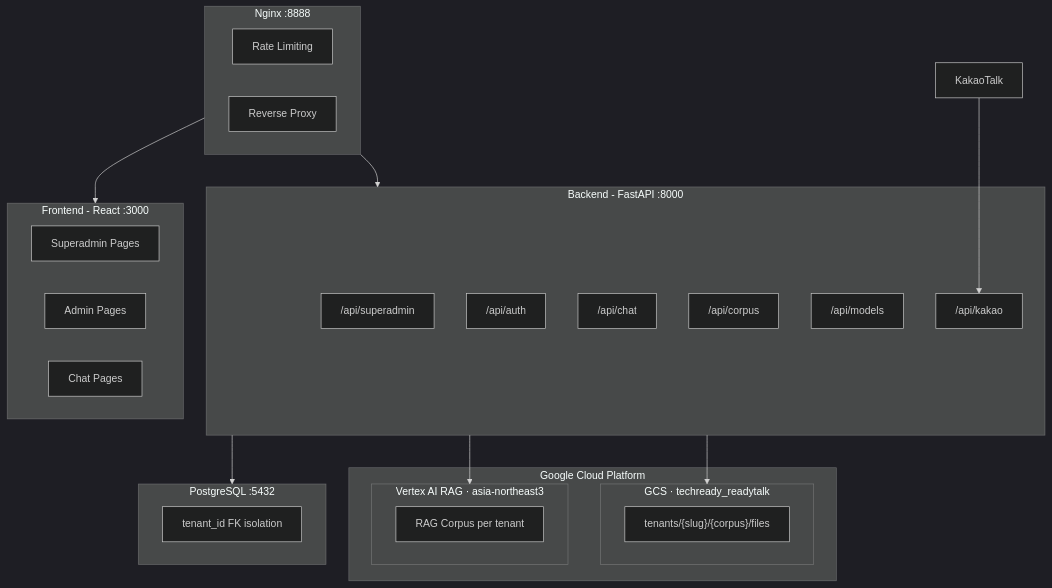
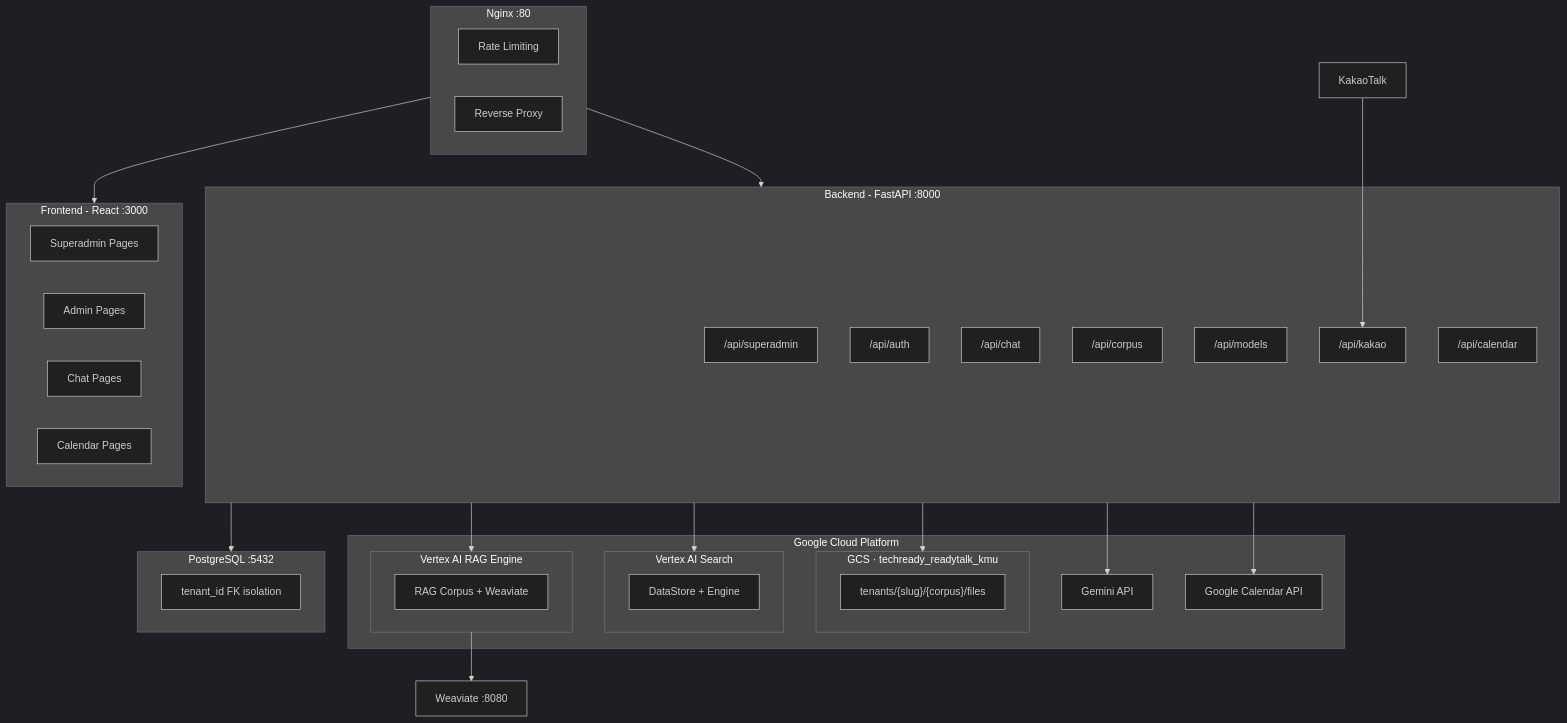
One commit to kookmin-sw/2026-capstone-22 changed the diagram in README.md. Above: the diagram before and after it, drawn with Mermaid (dark theme). The commit also changed other lines of this file, not shown here.

````diff
--- a/README.md
+++ b/README.md
@@ -7,44 +7,57 @@
 ```mermaid
 graph TB
-    subgraph NGINX["Nginx :8888"]
+    subgraph NGINX["Nginx :80"]
         direction LR
         RL[Rate Limiting]
         RP[Reverse Proxy]
     end
 
     subgraph FE["Frontend - React :3000"]
         SA_UI[Superadmin Pages]
         ADMIN_UI[Admin Pages]
         CHAT_UI[Chat Pages]
+        CAL_UI[Calendar Pages]
     end
 
     subgraph BE["Backend - FastAPI :8000"]
         R1["/api/superadmin"]
         R2["/api/auth"]
         R3["/api/chat"]
         R4["/api/corpus"]
         R5["/api/models"]
         R6["/api/kakao"]
+        R7["/api/calendar"]
     end
 
     subgraph DB["PostgreSQL :5432"]
         TENANT_DATA["tenant_id FK isolation"]
     end
 
     subgraph GCP["Google Cloud Platform"]
-        subgraph VAI["Vertex AI RAG · asia-northeast3"]
-            RAG["RAG Corpus per tenant"]
+        subgraph RAG["Vertex AI RAG Engine"]
+            RAG_CORPUS["RAG Corpus + Weaviate"]
         end
-        subgraph GCS["GCS · techready_readytalk"]
+        subgraph VAS["Vertex AI Search"]
+            DS["DataStore + Engine"]
+        end
+        subgraph GCS["GCS · techready_readytalk_kmu"]
             BUCKET["tenants/{slug}/{corpus}/files"]
         end
+        GEMINI["Gemini API"]
+        GCAL["Google Calendar API"]
     end
+
+    WEAVIATE["Weaviate :8080"]
 
     KAKAO["KakaoTalk"] --> R6
 
     NGINX --> FE
     NGINX --> BE
     BE --> DB
-    BE --> VAI
+    BE --> RAG
+    BE --> VAS
     BE --> GCS
+    BE --> GEMINI
+    BE --> GCAL
+    RAG --> WEAVIATE
 ```
````
